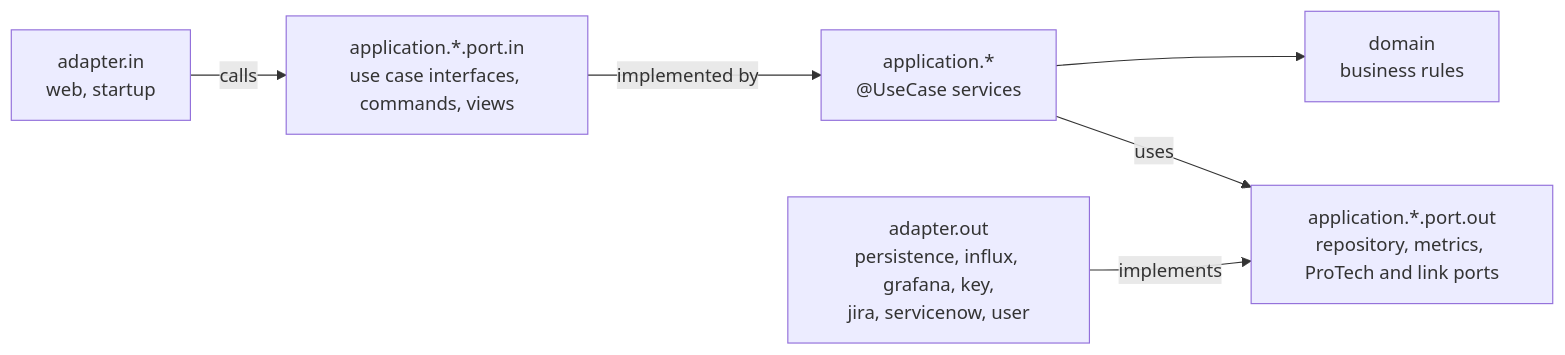
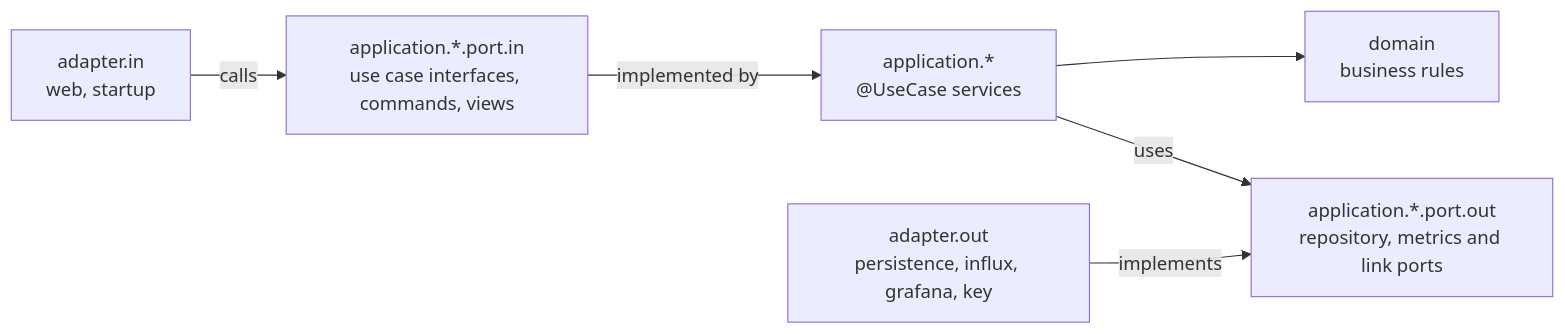
Before and after one commit to mateuszmatan/DSOMgmtPortal: the third of 4 diagrams in README.md, drawn with Mermaid. The commit also changed other lines of this file and 3 other files, not shown here.

````diff
--- a/README.md
+++ b/README.md
@@ -890,14 +433,14 @@
 ```mermaid
 flowchart LR
     ain["adapter.in<br/>web, startup"]
     pin["application.*.port.in<br/>use case interfaces, commands, views"]
     usecases["application.*<br/>@UseCase services"]
     domain["domain<br/>business rules"]
-    pout["application.*.port.out<br/>repository, metrics, ProTech and link ports"]
-    aout["adapter.out<br/>persistence, influx, grafana, key,<br/>jira, servicenow, user"]
+    pout["application.*.port.out<br/>repository, metrics and link ports"]
+    aout["adapter.out<br/>persistence, influx, grafana, key"]
     ain -- "calls" --> pin
     pin -- "implemented by" --> usecases
     usecases --> domain
     usecases -- "uses" --> pout
     aout -- "implements" --> pout
 ```
````
